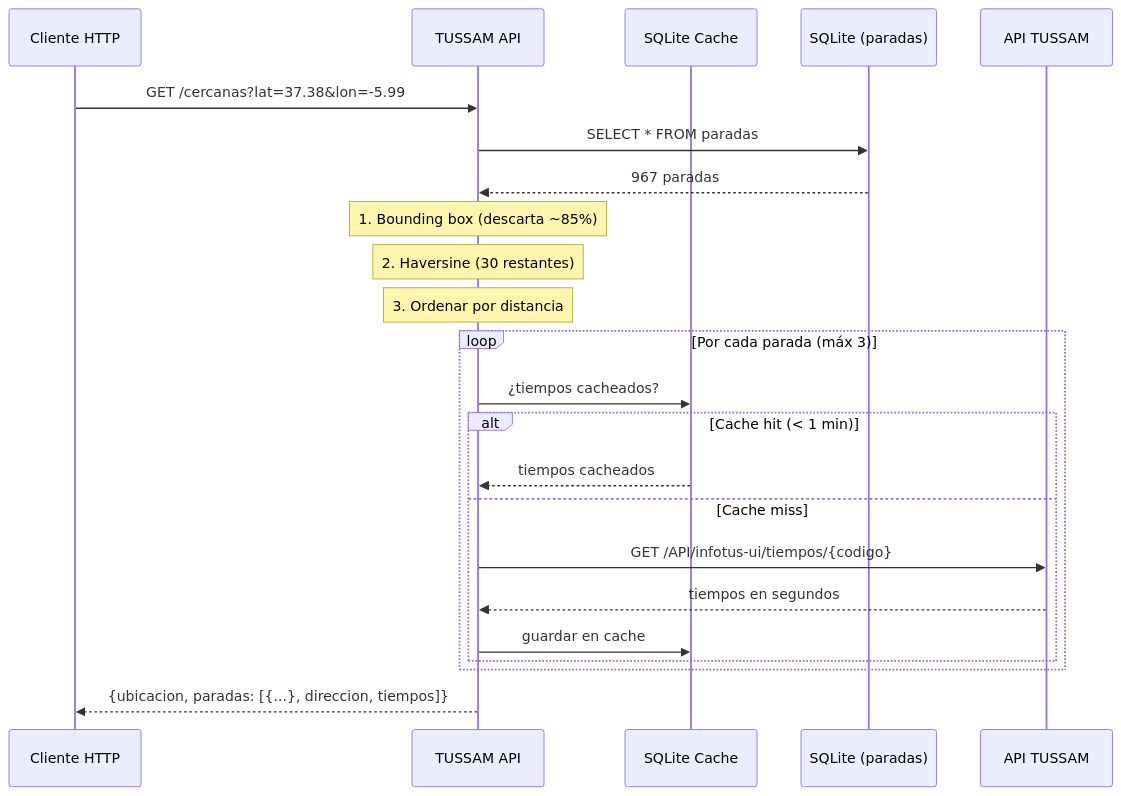
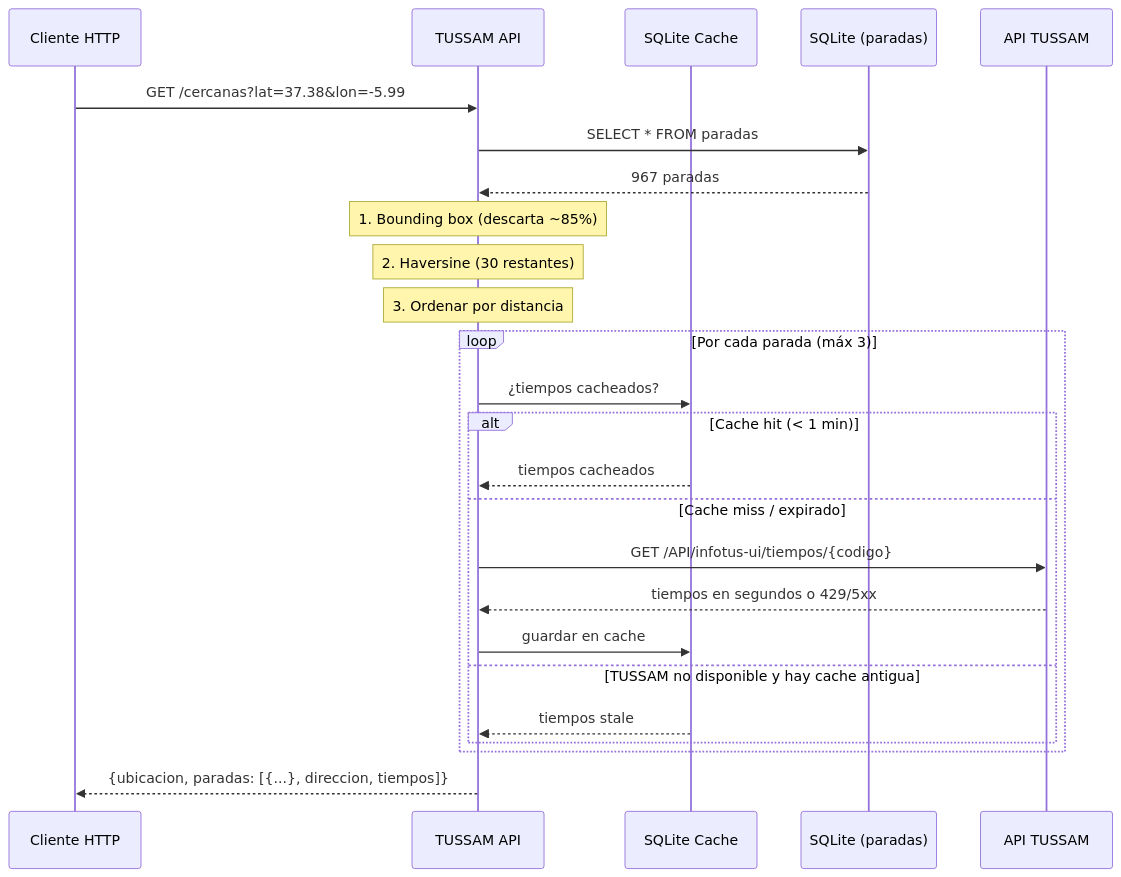
Before and after one commit to 686f6c61/API-TUSSAM: the second of 3 diagrams in README.md, drawn with Mermaid. The commit also changed other lines of this file and 11 other files, not shown here.

````diff
--- a/README.md
+++ b/README.md
@@ -73,30 +76,32 @@
 ```mermaid
 sequenceDiagram
     participant Cliente as Cliente HTTP
     participant API as TUSSAM API
     participant Cache as SQLite Cache
     participant SQLite as SQLite (paradas)
     participant TUSSAM as API TUSSAM
 
     Cliente->>API: GET /cercanas?lat=37.38&lon=-5.99
 
     API->>SQLite: SELECT * FROM paradas
     SQLite-->>API: 967 paradas
 
     Note over API: 1. Bounding box (descarta ~85%)
     Note over API: 2. Haversine (30 restantes)
     Note over API: 3. Ordenar por distancia
 
     loop Por cada parada (máx 3)
         API->>Cache: ¿tiempos cacheados?
         alt Cache hit (< 1 min)
             Cache-->>API: tiempos cacheados
-        else Cache miss
+        else Cache miss / expirado
             API->>TUSSAM: GET /API/infotus-ui/tiempos/{codigo}
-            TUSSAM-->>API: tiempos en segundos
+            TUSSAM-->>API: tiempos en segundos o 429/5xx
             API->>Cache: guardar en cache
+        else TUSSAM no disponible y hay cache antigua
+            Cache-->>API: tiempos stale
         end
     end
 
     API-->>Cliente: {ubicacion, paradas: [{...}, direccion, tiempos]}
 ```
````
